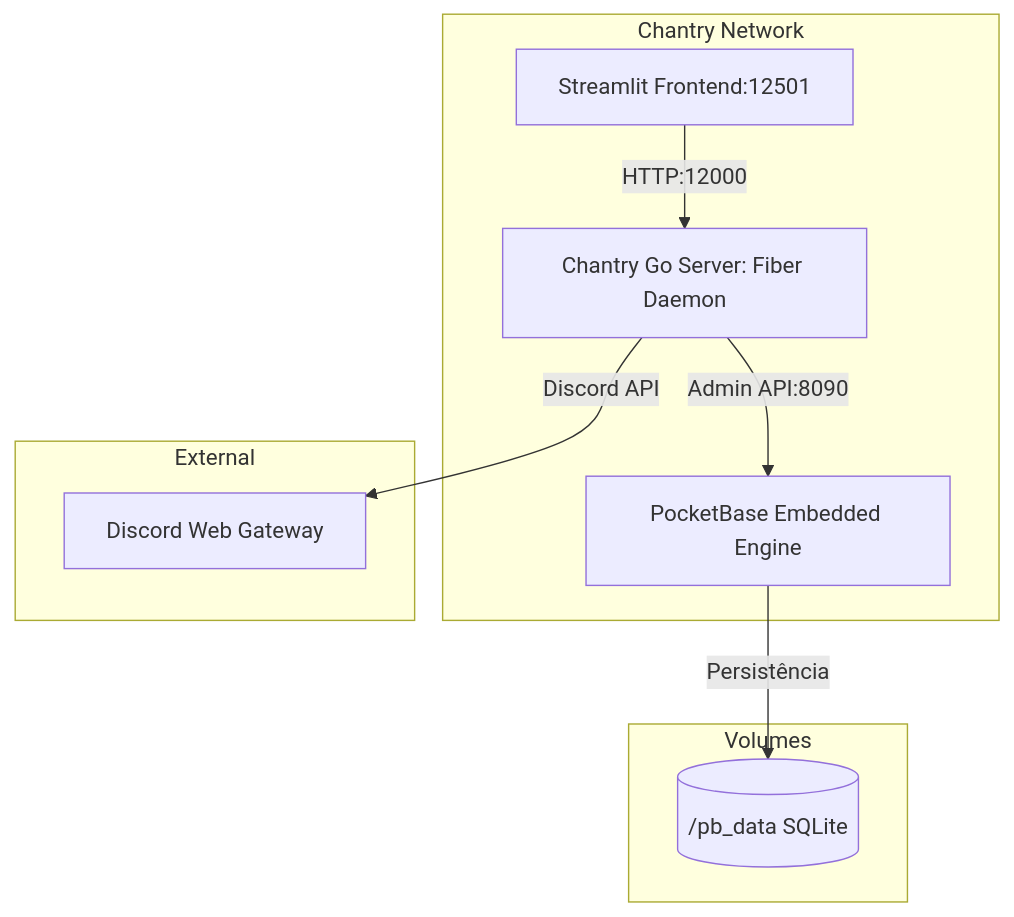
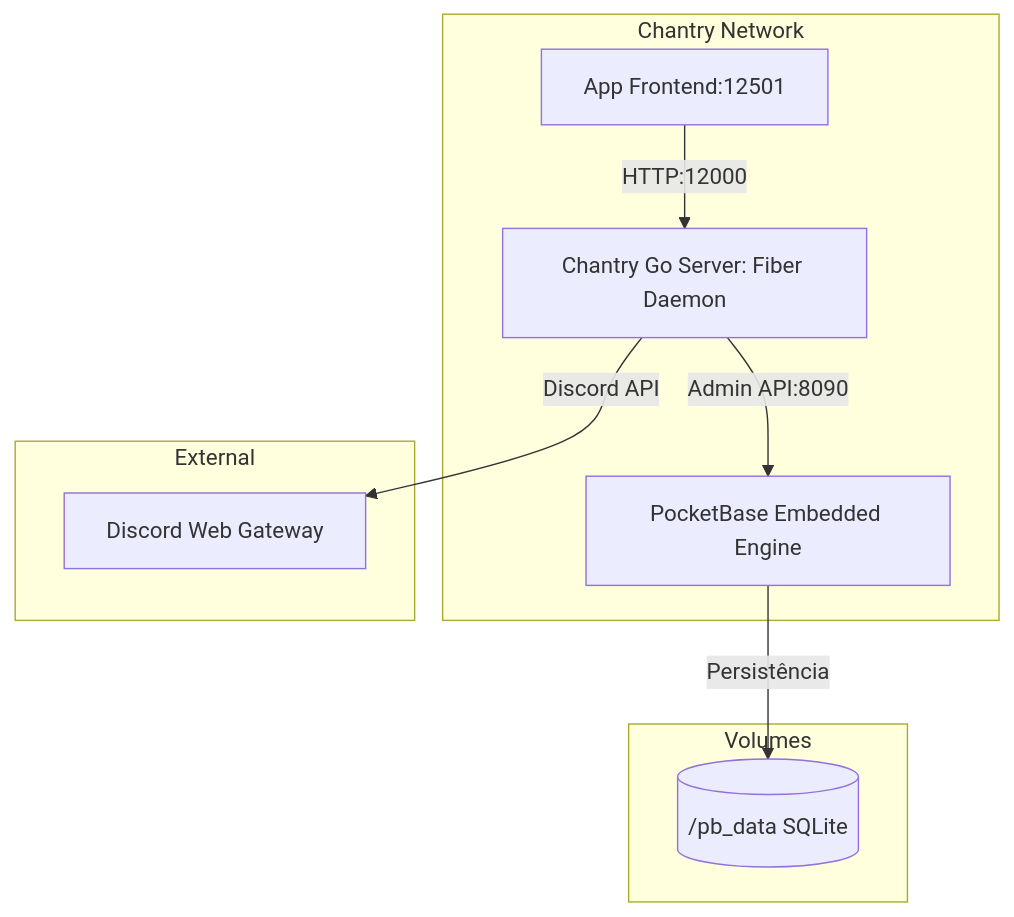
The diagram in docs/report_0518.md (CaioFaSoares/Chantry), drawn with Mermaid before and after one commit. The commit also changed other lines of this file and 87 other files, not shown here.

Commit message:
refactor: migrate backend directory to server and streamlit directory to app for project restructuring

````diff
--- a/docs/report_0518.md
+++ b/docs/report_0518.md
@@ -15,15 +15,15 @@
 ```mermaid
 graph TD
     subgraph Docker Network [Chantry Network]
-        Streamlit[Streamlit Frontend:12501] -->|HTTP:12000| GoServer[Chantry Go Server: Fiber Daemon]
+        App[App Frontend:12501] -->|HTTP:12000| GoServer[Chantry Go Server: Fiber Daemon]
         GoServer -->|Admin API:8090| PocketBase[PocketBase Embedded Engine]
     end
     
     subgraph Volumes
         PocketBase -->|Persistência| pb_data[(/pb_data SQLite)]
     end
     
     subgraph External
         GoServer -->|Discord API| Discord[Discord Web Gateway]
     end
 ```
````
